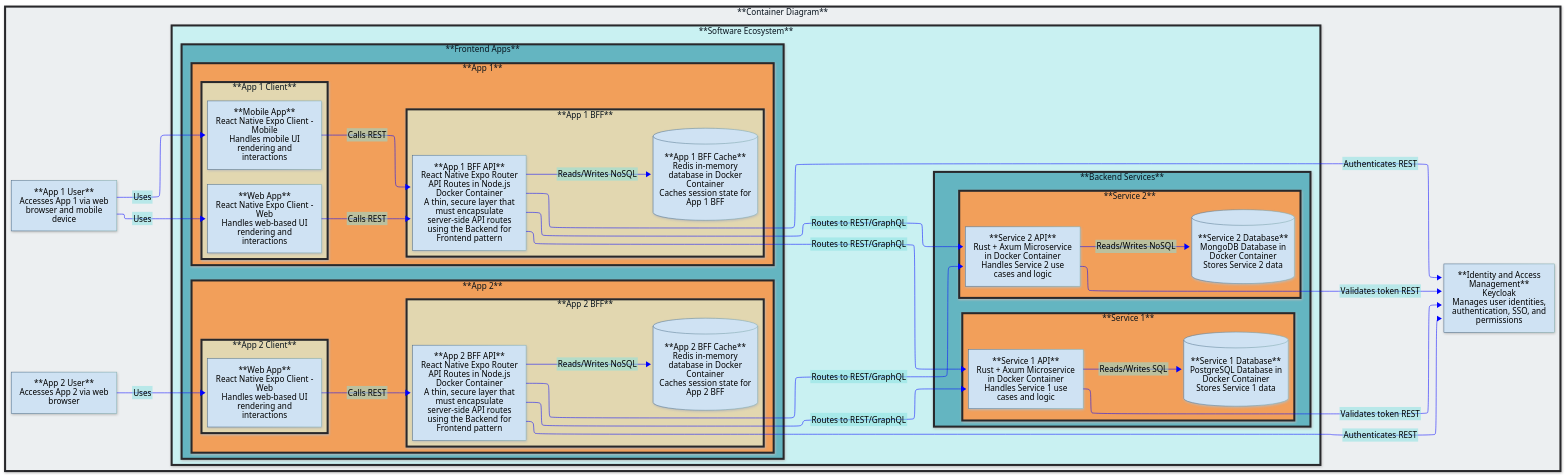
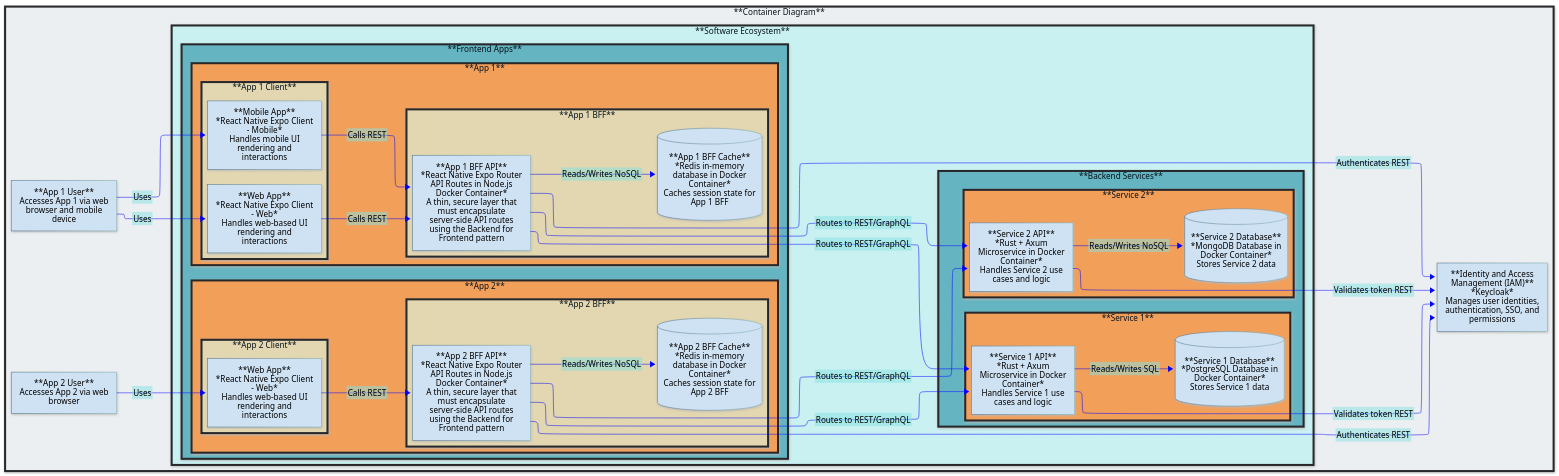
One commit to jumbleknot/MovieCollectionManager changed the first of 3 diagrams in .specify/memory/constitution.md. Above: the diagram before and after it, drawn with Mermaid. The commit also changed other lines of this file, not shown here.

Commit message:
added auth flow diagrams and UI/UX principles

```diff
--- a/.specify/memory/constitution.md
+++ b/.specify/memory/constitution.md
@@ -514,38 +532,38 @@
         subgraph frontend["**Frontend Apps**"]
             subgraph app1["**App 1**"]
                 subgraph app1_client["**App 1 Client**"]
-                    app1_web["**Web App**<br/>React Native Expo Client - Web<br/>Handles web-based UI rendering and interactions"]
-                    app1_mobile["**Mobile App**<br/>React Native Expo Client - Mobile<br/>Handles mobile UI rendering and interactions"]
+                    app1_web["**Web App**<br/>*React Native Expo Client - Web*<br/>Handles web-based UI rendering and interactions"]
+                    app1_mobile["**Mobile App**<br/>*React Native Expo Client - Mobile*<br/>Handles mobile UI rendering and interactions"]
                 end
                 subgraph app1_bff["**App 1 BFF**"]
-                    app1_bff_api["**App 1 BFF API**<br/>React Native Expo Router API Routes in Node.js Docker Container<br/>A thin, secure layer that must encapsulate server-side API routes using the Backend for Frontend pattern"]
-                    app1_bff_cache[("**App 1 BFF Cache**<br/>Redis in-memory database in Docker Container<br/>Caches session state for App 1 BFF")]
+                    app1_bff_api["**App 1 BFF API**<br/>*React Native Expo Router API Routes in Node.js Docker Container*<br/>A thin, secure layer that must encapsulate server-side API routes using the Backend for Frontend pattern"]
+                    app1_bff_cache[("**App 1 BFF Cache**<br/>*Redis in-memory database in Docker Container*<br/>Caches session state for App 1 BFF")]
                 end
             end
             subgraph app2["**App 2**"]
                 subgraph app2_client["**App 2 Client**"]
-                    app2_web["**Web App**<br/>React Native Expo Client - Web<br/>Handles web-based UI rendering and interactions"]
+                    app2_web["**Web App**<br/>*React Native Expo Client - Web*<br/>Handles web-based UI rendering and interactions"]
                 end
                 subgraph app2_bff["**App 2 BFF**"]
-                    app2_bff_api["**App 2 BFF API**<br/>React Native Expo Router API Routes in Node.js Docker Container<br/>A thin, secure layer that must encapsulate server-side API routes using the Backend for Frontend pattern"]
-                    app2_bff_cache[("**App 2 BFF Cache**<br/>Redis in-memory database in Docker Container<br/>Caches session state for App 2 BFF")]
+                    app2_bff_api["**App 2 BFF API**<br/>*React Native Expo Router API Routes in Node.js Docker Container*<br/>A thin, secure layer that must encapsulate server-side API routes using the Backend for Frontend pattern"]
+                    app2_bff_cache[("**App 2 BFF Cache**<br/>*Redis in-memory database in Docker Container*<br/>Caches session state for App 2 BFF")]
                 end
             end
         end
         
         subgraph backend["**Backend Services**"]
             subgraph service1["**Service 1**"]
-                service1_api["**Service 1 API**<br/>Rust + Axum Microservice in Docker Container<br/>Handles Service 1 use cases and logic"]
-                service1_db[("**Service 1 Database**<br/>PostgreSQL Database in Docker Container<br/>Stores Service 1 data")]
+                service1_api["**Service 1 API**<br/>*Rust + Axum Microservice in Docker Container*<br/>Handles Service 1 use cases and logic"]
+                service1_db[("**Service 1 Database**<br/>*PostgreSQL Database in Docker Container*<br/>Stores Service 1 data")]
             end
             subgraph service2["**Service 2**"]
-                service2_api["**Service 2 API**<br/>Rust + Axum Microservice in Docker Container<br/>Handles Service 2 use cases and logic"]
-                service2_db[("**Service 2 Database**<br/>MongoDB Database in Docker Container<br/>Stores Service 2 data")]
+                service2_api["**Service 2 API**<br/>*Rust + Axum Microservice in Docker Container*<br/>Handles Service 2 use cases and logic"]
+                service2_db[("**Service 2 Database**<br/>*MongoDB Database in Docker Container*<br/>Stores Service 2 data")]
             end
         end
     end
     
-    keycloak["**Identity and Access Management**<br/>Keycloak<br/>Manages user identities, authentication, SSO, and permissions"]
+    keycloak["**Identity and Access Management (IAM)**<br/>*Keycloak*<br/>Manages user identities, authentication, SSO, and permissions"]
     
     app1_user -->|Uses| app1_web
     app1_user -->|Uses| app1_mobile
```
